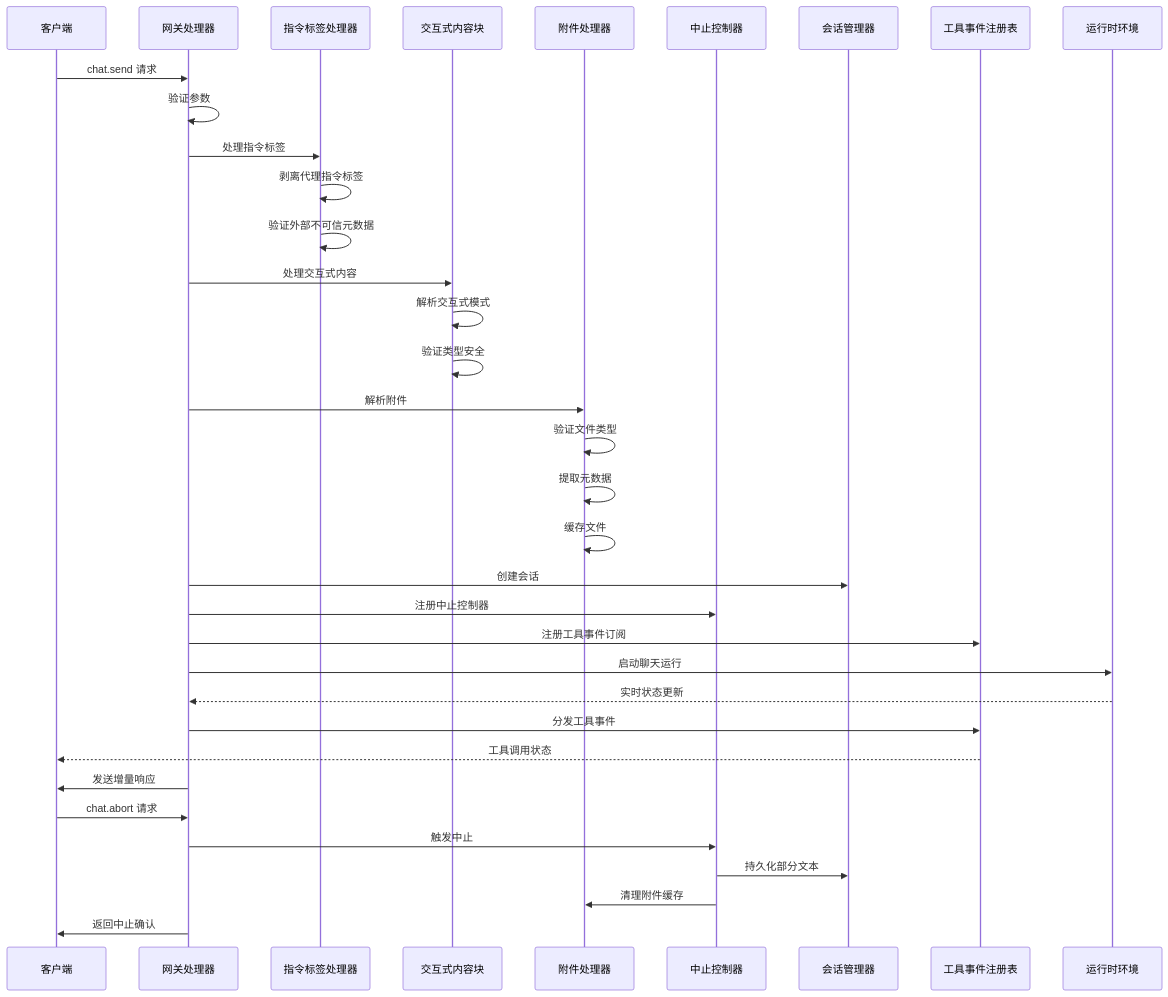
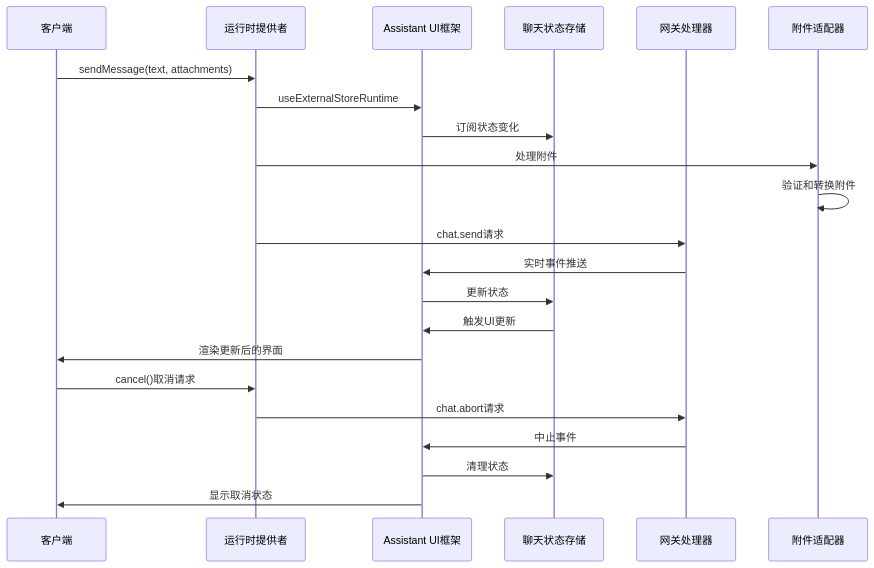
Before and after one commit to verse-ai-org/openclaw: the second of 36 diagrams in .qoder/repowiki/zh/content/Web界面/WebChat界面/聊天运行时提供者增强/聊天运行时提供者增强.md, drawn with Mermaid. The commit also changed other lines of this file and 20 other files, not shown here.

````diff
--- a/.qoder/repowiki/zh/content/Web界面/WebChat界面/聊天运行时提供者增强/聊天运行时提供者增强.md
+++ b/.qoder/repowiki/zh/content/Web界面/WebChat界面/聊天运行时提供者增强/聊天运行时提供者增强.md
@@ -228,37 +238,24 @@
 ```mermaid
 sequenceDiagram
 participant Client as 客户端
+participant RuntimeProvider as 运行时提供者
+participant AssistantUI as Assistant UI框架
+participant ChatStore as 聊天状态存储
 participant Gateway as 网关处理器
-participant DirectiveTags as 指令标签处理器
-participant InteractiveBlocks as 交互式内容块
-participant Attachments as 附件处理器
-participant AbortCtrl as 中止控制器
-participant SessionMgr as 会话管理器
-participant ToolRegistry as 工具事件注册表
-participant Runtime as 运行时环境
-Client->>Gateway : chat.send 请求
-Gateway->>Gateway : 验证参数
-Gateway->>DirectiveTags : 处理指令标签
-DirectiveTags->>DirectiveTags : 剥离代理指令标签
-DirectiveTags->>DirectiveTags : 验证外部不可信元数据
-Gateway->>InteractiveBlocks : 处理交互式内容
-InteractiveBlocks->>InteractiveBlocks : 解析交互式模式
-InteractiveBlocks->>InteractiveBlocks : 验证类型安全
-Gateway->>Attachments : 解析附件
-Attachments->>Attachments : 验证文件类型
-Attachments->>Attachments : 提取元数据
-Attachments->>Attachments : 缓存文件
-Gateway->>SessionMgr : 创建会话
-Gateway->>AbortCtrl : 注册中止控制器
-Gateway->>ToolRegistry : 注册工具事件订阅
-Gateway->>Runtime : 启动聊天运行
-Runtime-->>Gateway : 实时状态更新
-Gateway->>ToolRegistry : 分发工具事件
-ToolRegistry-->>Client : 工具调用状态
-Gateway->>Client : 发送增量响应
-Client->>Gateway : chat.abort 请求
-Gateway->>AbortCtrl : 触发中止
-AbortCtrl->>SessionMgr : 持久化部分文本
-AbortCtrl->>Attachments : 清理附件缓存
-Gateway->>Client : 返回中止确认
+participant AttachmentAdapter as 附件适配器
+Client->>RuntimeProvider : sendMessage(text, attachments)
+RuntimeProvider->>AssistantUI : useExternalStoreRuntime
+AssistantUI->>ChatStore : 订阅状态变化
+RuntimeProvider->>AttachmentAdapter : 处理附件
+AttachmentAdapter->>AttachmentAdapter : 验证和转换附件
+RuntimeProvider->>Gateway : chat.send请求
+Gateway->>AssistantUI : 实时事件推送
+AssistantUI->>ChatStore : 更新状态
+ChatStore->>AssistantUI : 触发UI更新
+AssistantUI->>Client : 渲染更新后的界面
+Client->>RuntimeProvider : cancel()取消请求
+RuntimeProvider->>Gateway : chat.abort请求
+Gateway->>AssistantUI : 中止事件
+AssistantUI->>ChatStore : 清理状态
+AssistantUI->>Client : 显示取消状态
 ```
````
